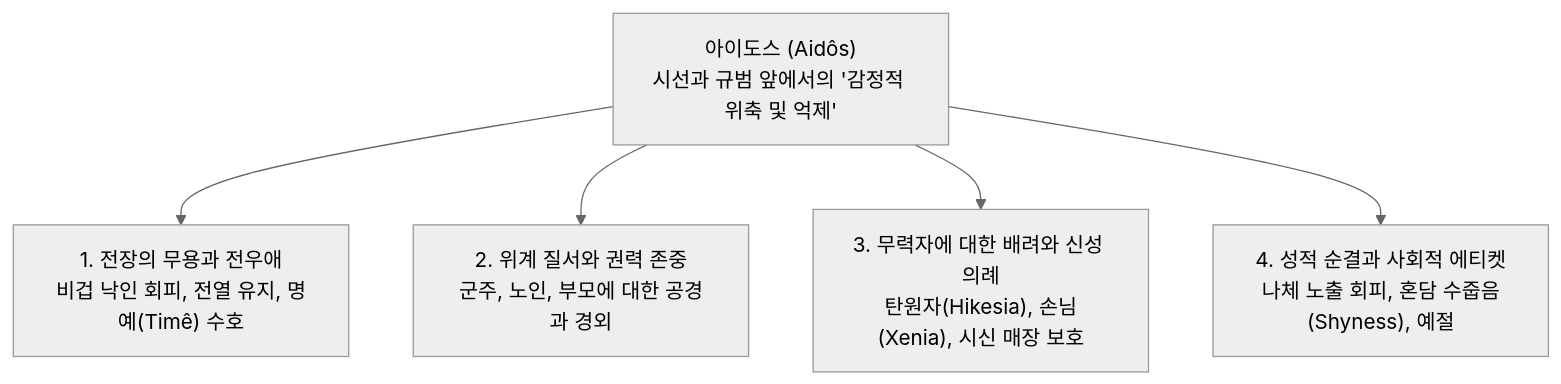
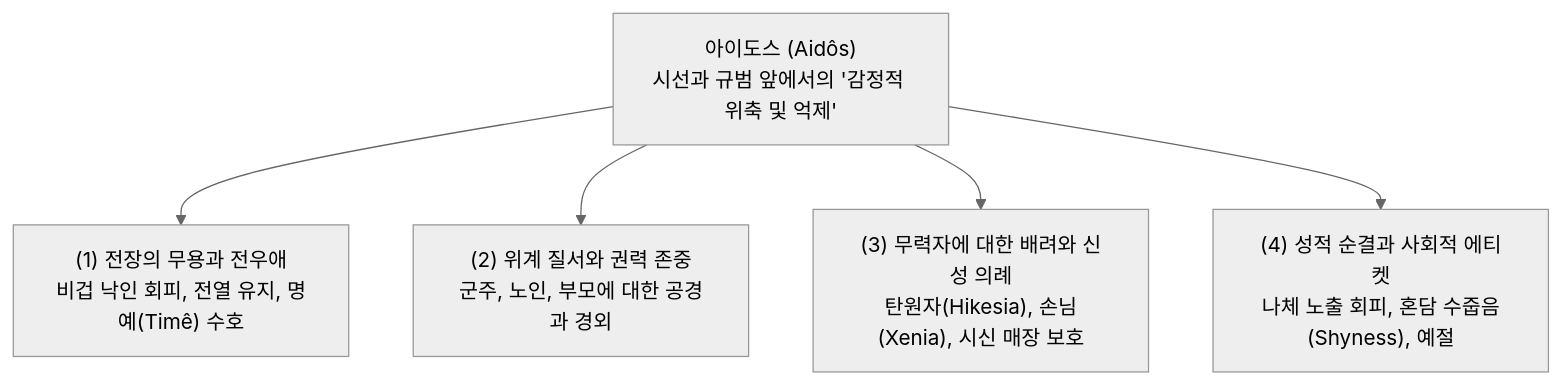
Before and after one commit to YgHnSIM/Homer_wiki: the diagram in wiki/concepts/concept-aidos.md, drawn with Mermaid (neutral theme). The commit also changed 6 other files, not shown here.

````diff
--- a/wiki/concepts/concept-aidos.md
+++ b/wiki/concepts/concept-aidos.md
@@ -32,7 +32,7 @@
 ```mermaid
 graph TD
-    A["아이도스 (Aidôs)<br/>시선과 규범 앞에서의 '감정적 위축 및 억제'"] --> B["1. 전장의 무용과 전우애<br/>비겁 낙인 회피, 전열 유지, 명예(Timê) 수호"]
-    A --> C["2. 위계 질서와 권력 존중<br/>군주, 노인, 부모에 대한 공경과 경외"]
-    A --> D["3. 무력자에 대한 배려와 신성 의례<br/>탄원자(Hikesia), 손님(Xenia), 시신 매장 보호"]
-    A --> E["4. 성적 순결과 사회적 에티켓<br/>나체 노출 회피, 혼담 수줍음(Shyness), 예절"]
+    A["아이도스 (Aidôs)<br/>시선과 규범 앞에서의 '감정적 위축 및 억제'"] --> B["(1) 전장의 무용과 전우애<br/>비겁 낙인 회피, 전열 유지, 명예(Timê) 수호"]
+    A --> C["(2) 위계 질서와 권력 존중<br/>군주, 노인, 부모에 대한 공경과 경외"]
+    A --> D["(3) 무력자에 대한 배려와 신성 의례<br/>탄원자(Hikesia), 손님(Xenia), 시신 매장 보호"]
+    A --> E["(4) 성적 순결과 사회적 에티켓<br/>나체 노출 회피, 혼담 수줍음(Shyness), 예절"]
 ```
````
